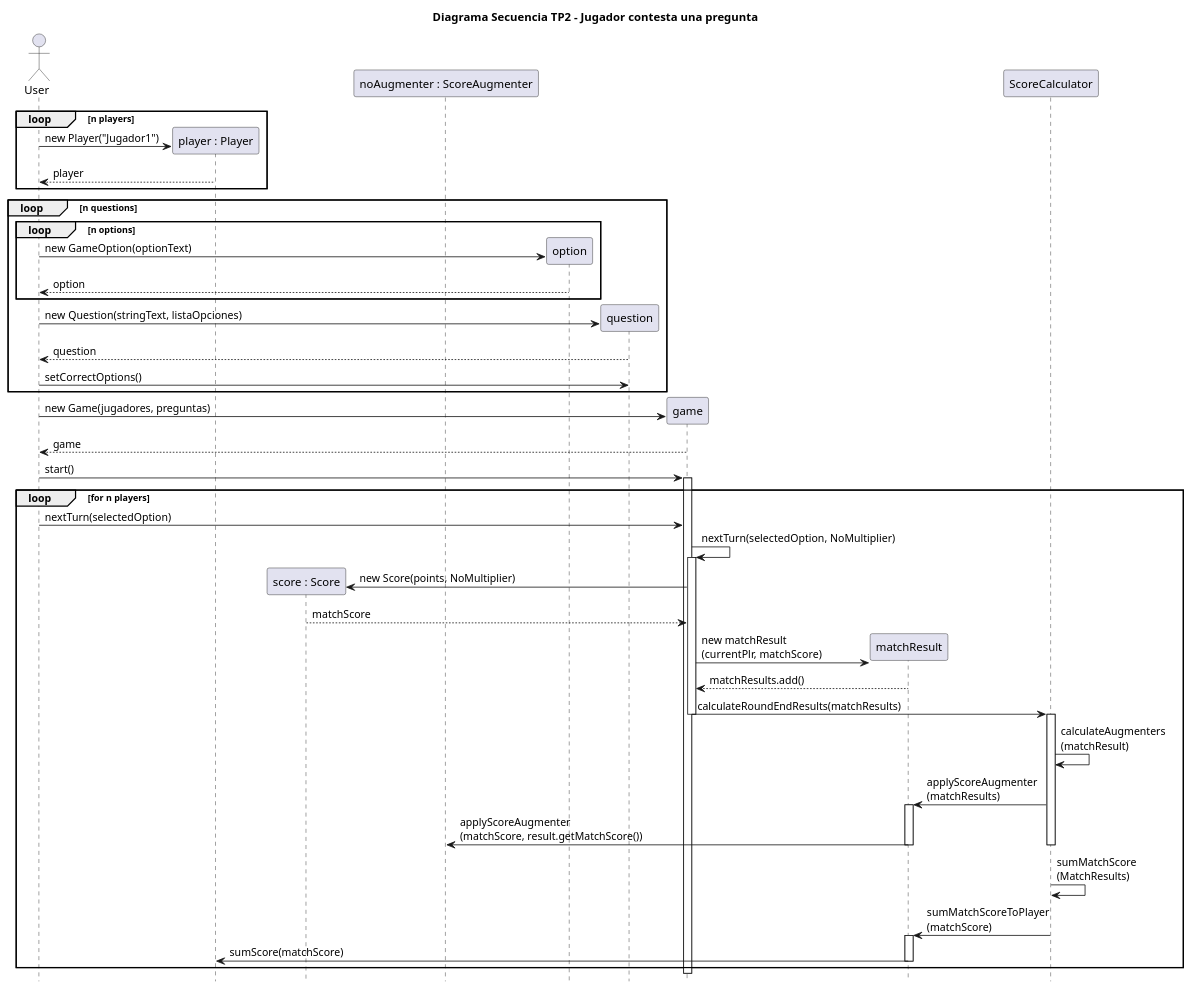
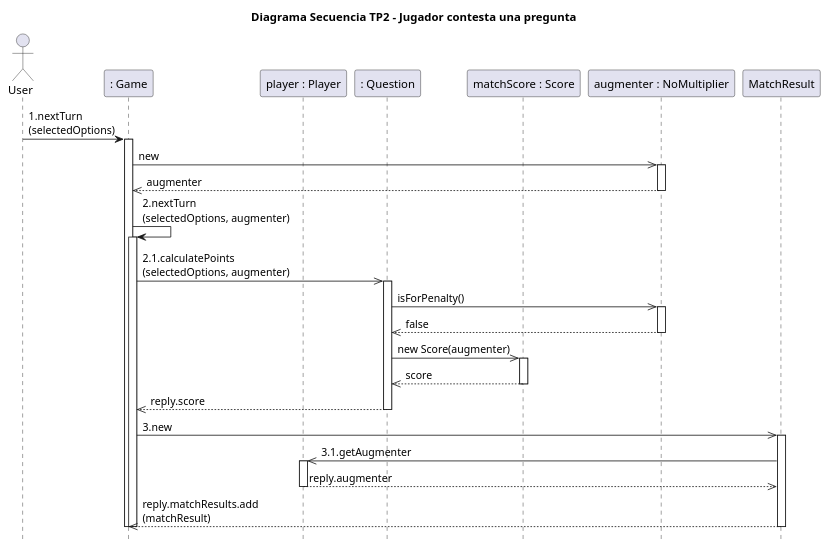
Before and after one commit to GEscandar/TP2-Kahoot: the diagram in docs/DiagramaSecuencia-ConestarPregunta.plantuml, drawn with PlantUML. The commit also changed 6 other files, not shown here.

Commit message:
Actualización diagramas de clases

```diff
--- a/docs/DiagramaSecuencia-ConestarPregunta.plantuml
+++ b/docs/DiagramaSecuencia-ConestarPregunta.plantuml
@@ -1,59 +1,44 @@
 @startuml
 
 actor User
 title Diagrama Secuencia TP2 - Jugador contesta una pregunta
 hide footbox
 
+participant ": Game" as game
 participant "player : Player" as player
-participant "score : Score" as score
-participant "noAugmenter : ScoreAugmenter" as noMultiplier
+participant ": Question" as question
+participant "matchScore : Score" as score
+participant "augmenter : NoMultiplier" as augmenter
 
-loop n players
-User -> player ** : new Player("Jugador1")
-player --> User : player
-end loop
 
-loop n questions 
-loop n options 
-User -> option ** : new GameOption(optionText)
-option --> User : option
-end loop
-User -> question ** : new Question(stringText, listaOpciones)
-question --> User : question
-User -> question : setCorrectOptions()
-end loop
-
-User -> game ** : new Game(jugadores, preguntas)
-game --> User : game
-User -> game : start()
+User -> game:1.nextTurn\n(selectedOptions)
 activate game
-
-loop for n players
-User -> game : nextTurn(selectedOption)
-game-> game : nextTurn(selectedOption, NoMultiplier)
+game ->> augmenter:new
+activate augmenter
+augmenter -->> game:augmenter
+deactivate augmenter
+game-> game:2.nextTurn\n(selectedOptions, augmenter)
 activate game
-
-game -> score** : new Score(points, NoMultiplier)
-score --> game : matchScore
-
-game -> matchResult** : new matchResult\n(currentPlr, matchScore)
-matchResult --> game : matchResults.add()
-
-game -> ScoreCalculator : calculateRoundEndResults(matchResults)
+game->>question:2.1.calculatePoints\n(selectedOptions, augmenter)
+activate question
+question ->> augmenter:isForPenalty()
+activate augmenter
+augmenter -->> question:false
+deactivate augmenter
+question ->> score:new Score(augmenter)
+activate score
+score -->> question:score
+deactivate score
+question -->>game:reply.score
+deactivate question
+game->>MatchResult:3.new
+activate MatchResult
+MatchResult->>player:3.1.getAugmenter
+activate player
+player-->>MatchResult:reply.augmenter
+deactivate player
+MatchResult-->>game:reply.matchResults.add\n(matchResult)
+deactivate MatchResult
 deactivate game
-activate ScoreCalculator
-ScoreCalculator -> ScoreCalculator : calculateAugmenters\n(matchResult)
-ScoreCalculator -> matchResult : applyScoreAugmenter\n(matchResults)
-activate matchResult
-matchResult -> noMultiplier : applyScoreAugmenter\n(matchScore, result.getMatchScore()) 
-deactivate matchResult
-deactivate ScoreCalculator
-ScoreCalculator -> ScoreCalculator : sumMatchScore\n(MatchResults)
-ScoreCalculator -> matchResult : sumMatchScoreToPlayer\n(matchScore)
-activate matchResult
-matchResult -> player : sumScore(matchScore)
-deactivate matchResult
-end loop
 deactivate game
-
 @enduml
```
